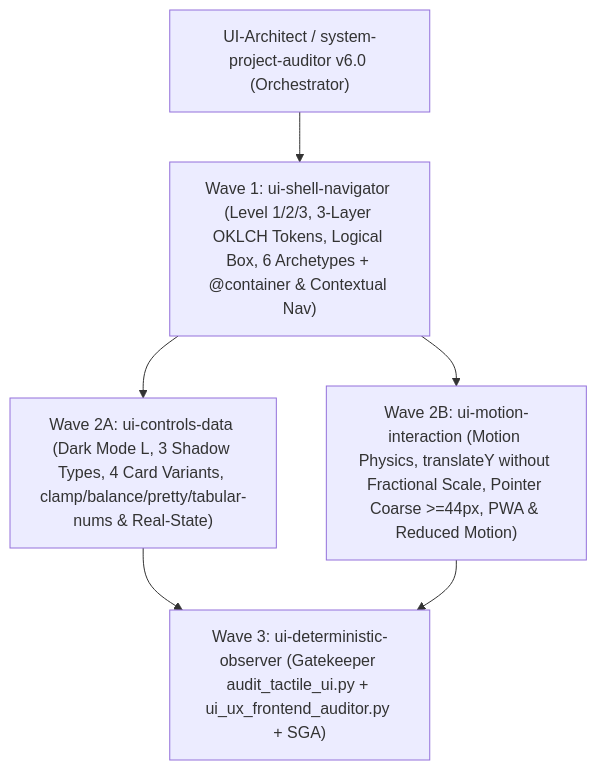
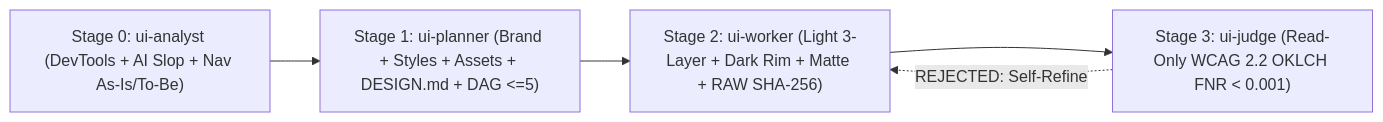
The diagram in skills/system-project-auditor/references/ui_subagent_taxonomy_6_layers.md (melkidonadonmed-lgtm/franklin-quebragalho), drawn with Mermaid before and after one commit. The commit also changed other lines of this file and 83 other files, not shown here.

````diff
--- a/skills/system-project-auditor/references/ui_subagent_taxonomy_6_layers.md
+++ b/skills/system-project-auditor/references/ui_subagent_taxonomy_6_layers.md
@@ -20,8 +20,7 @@
 ```mermaid
-flowchart TD
-    Root["UI-Architect / system-project-auditor v6.0 (Orchestrator)"] --> W1["Wave 1: ui-shell-navigator (Level 1/2/3, 3-Layer OKLCH Tokens, Logical Box, 6 Archetypes + @container & Contextual Nav)"]
-    W1 --> W2A["Wave 2A: ui-controls-data (Dark Mode L, 3 Shadow Types, 4 Card Variants, clamp/balance/pretty/tabular-nums & Real-State)"]
-    W1 --> W2B["Wave 2B: ui-motion-interaction (Motion Physics, translateY without Fractional Scale, Pointer Coarse >=44px, PWA & Reduced Motion)"]
-    W2A --> W3["Wave 3: ui-deterministic-observer (Gatekeeper audit_tactile_ui.py + ui_ux_frontend_auditor.py + SGA)"]
-    W2B --> W3
+flowchart LR
+    S0["Stage 0: ui-analyst (DevTools + AI Slop + Nav As-Is/To-Be)"] --> S1["Stage 1: ui-planner (Brand + Styles + Assets + DESIGN.md + DAG <=5)"]
+    S1 --> S2["Stage 2: ui-worker (Light 3-Layer + Dark Rim + Matte + RAW SHA-256)"]
+    S2 --> S3["Stage 3: ui-judge (Read-Only WCAG 2.2 OKLCH FNR < 0.001)"]
+    S3 -.->|"REJECTED: Self-Refine"| S2
 ```
````
